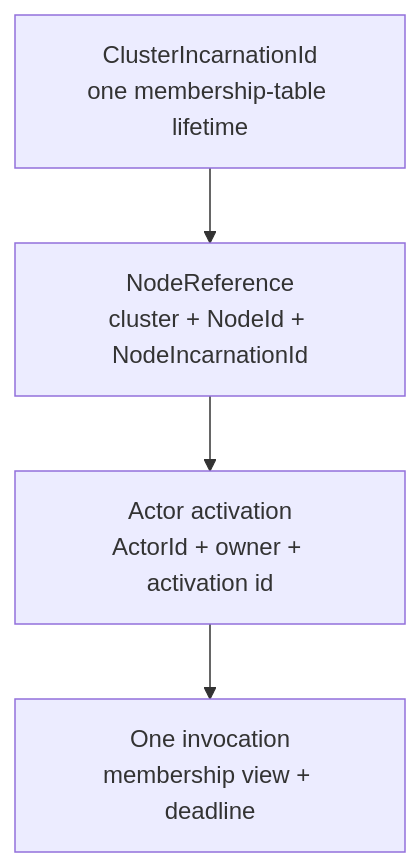
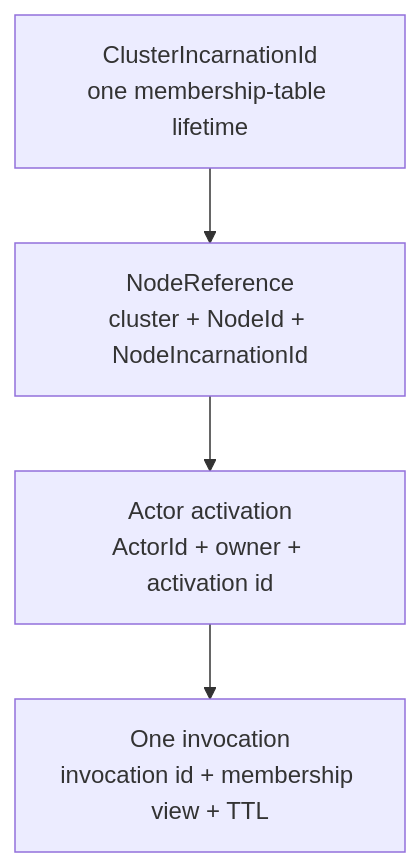
One commit to bruce48x/Lakona changed the second of 5 diagrams in docs/cluster.md. Above: the diagram before and after it, drawn with Mermaid. The commit also changed other lines of this file and 21 other files, not shown here.

````diff
--- a/docs/cluster.md
+++ b/docs/cluster.md
@@ -55,8 +55,8 @@
 ```mermaid
 flowchart TB
     C["ClusterIncarnationId<br/>one membership-table lifetime"]
     N["NodeReference<br/>cluster + NodeId + NodeIncarnationId"]
     A["Actor activation<br/>ActorId + owner + activation id"]
-    Q["One invocation<br/>membership view + deadline"]
+    Q["One invocation<br/>invocation id + membership view + TTL"]
     C --> N --> A --> Q
 ```
````
